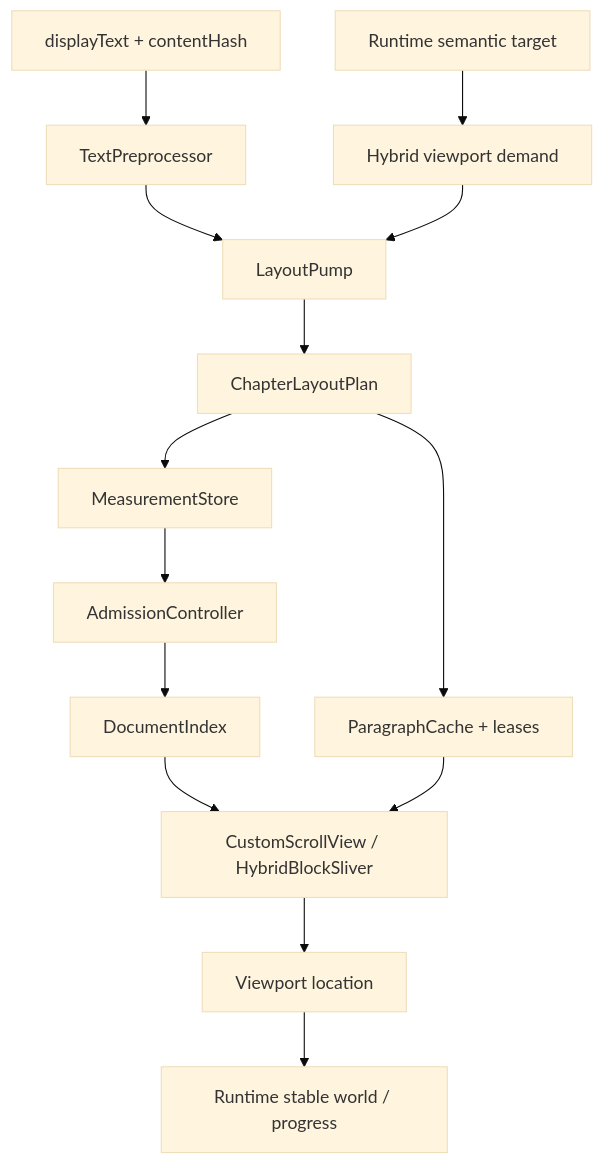
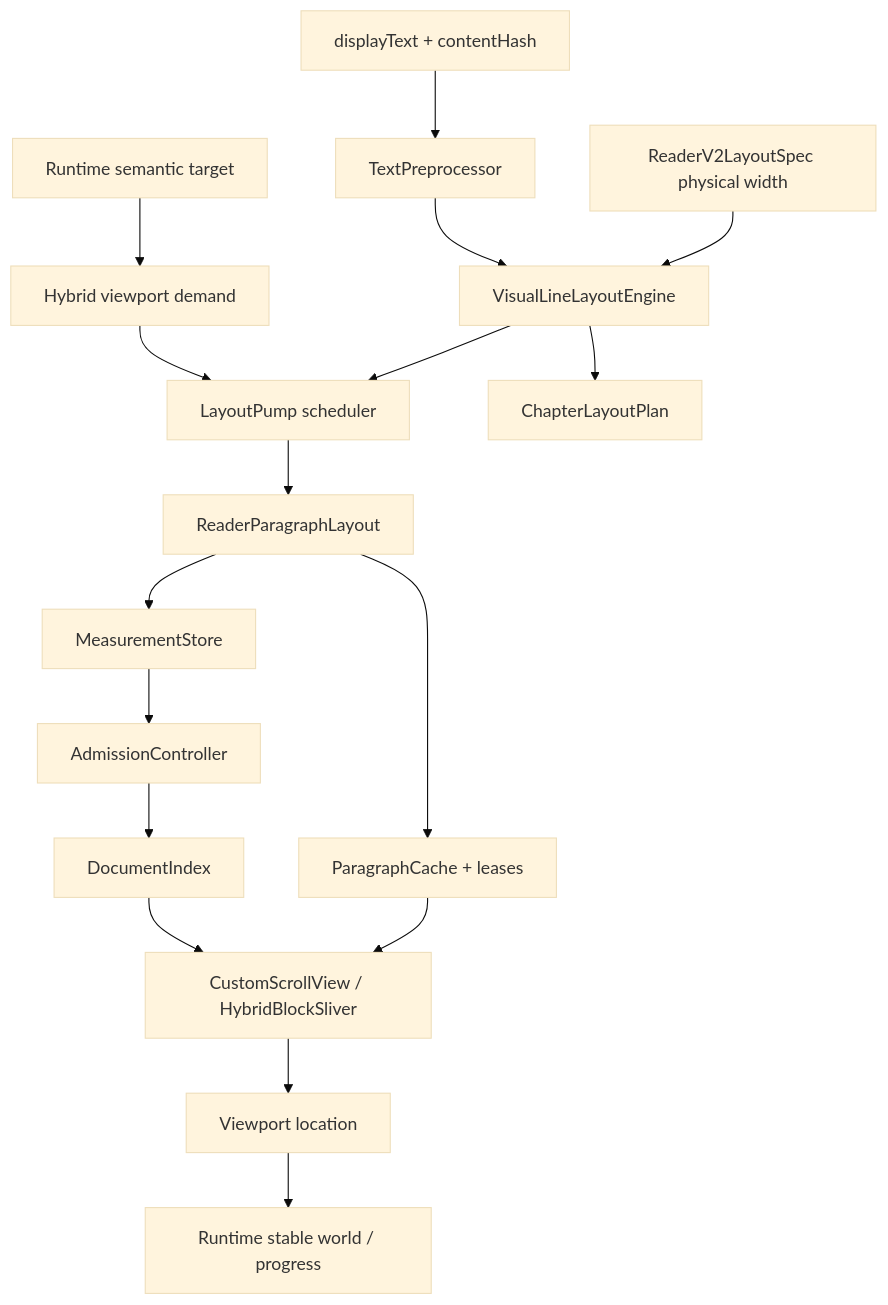
The second of 2 diagrams in docs/night_reader/reader.md (bennytsai1234/Night-Reader), drawn with Mermaid (base theme) before and after one commit. The commit also changed other lines of this file, not shown here.

Commit message:
Docs: define reader-owned line break architecture

````diff
--- a/docs/night_reader/reader.md
+++ b/docs/night_reader/reader.md
@@ -53,16 +56,19 @@
 ```mermaid
 flowchart TD
     Command[Runtime semantic target] --> Demand[Hybrid viewport demand]
     Content[displayText + contentHash] --> Pre[TextPreprocessor]
-    Pre --> Pump[LayoutPump]
+    Width[ReaderV2LayoutSpec physical width] --> Lines[VisualLineLayoutEngine]
+    Pre --> Lines
+    Lines --> Pump[LayoutPump scheduler]
     Demand --> Pump
-    Pump --> Plan[ChapterLayoutPlan]
-    Plan --> Metrics[MeasurementStore]
-    Plan --> Paragraphs[ParagraphCache + leases]
+    Lines --> Plan[ChapterLayoutPlan]
+    Pump --> Shape[ReaderParagraphLayout]
+    Shape --> Metrics[MeasurementStore]
+    Shape --> Paragraphs[ParagraphCache + leases]
     Metrics --> Admission[AdmissionController]
     Admission --> Index[DocumentIndex]
     Index --> Sliver[CustomScrollView / HybridBlockSliver]
     Paragraphs --> Sliver
     Sliver --> Capture[Viewport location]
     Capture --> Runtime[Runtime stable world / progress]
 ```
````
